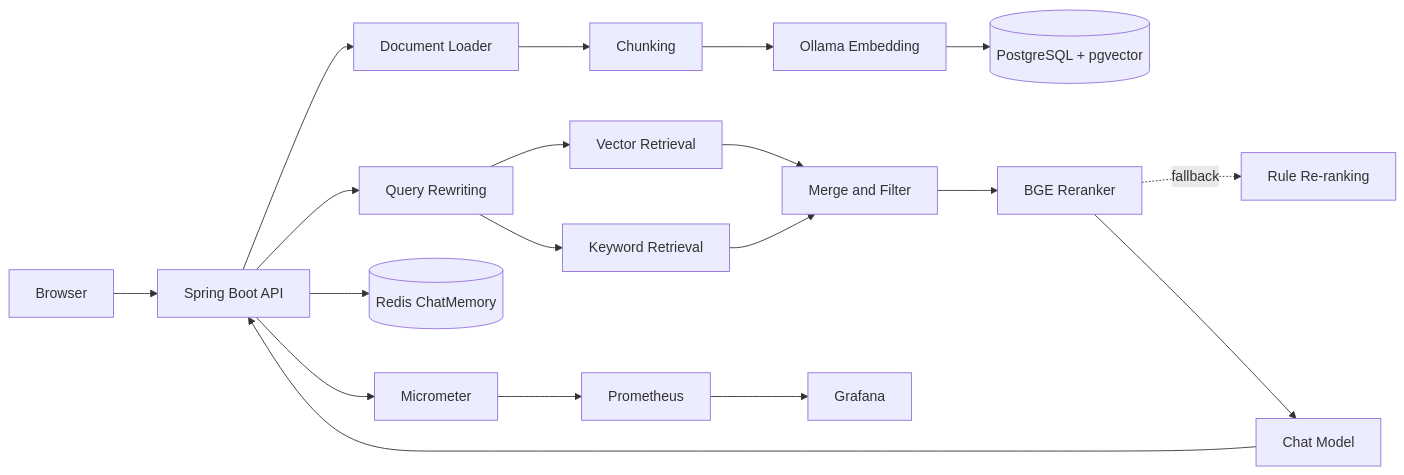
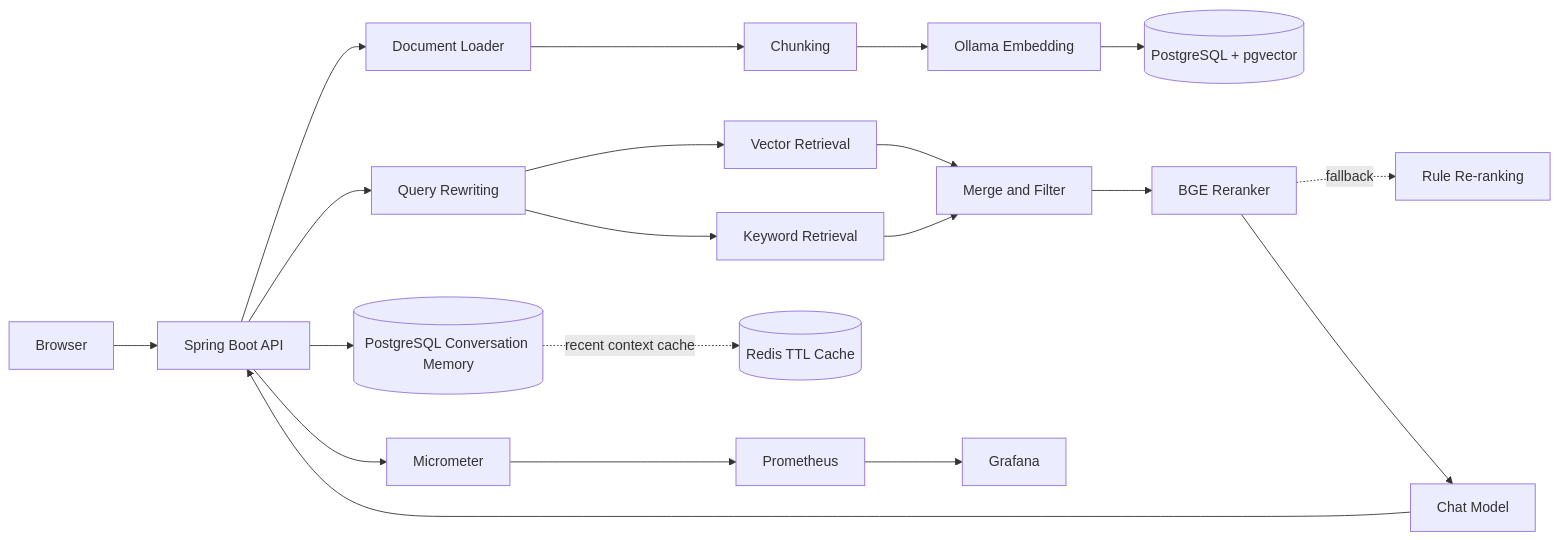
One commit to xiongzhi-xz/smartkb-java21-spring-ai-rag changed the diagram in README.md. Above: the diagram before and after it, drawn with Mermaid. The commit also changed other lines of this file and 4 other files, not shown here.

````diff
--- a/README.md
+++ b/README.md
@@ -43,23 +43,24 @@
 ```mermaid
 flowchart LR
     Browser[Browser] --> API[Spring Boot API]
     API --> Loader[Document Loader]
     Loader --> Splitter[Chunking]
     Splitter --> Embedding[Ollama Embedding]
     Embedding --> PG[(PostgreSQL + pgvector)]
 
     API --> Rewrite[Query Rewriting]
     Rewrite --> Vector[Vector Retrieval]
     Rewrite --> Keyword[Keyword Retrieval]
     Vector --> Merge[Merge and Filter]
     Keyword --> Merge
     Merge --> Rerank[BGE Reranker]
     Rerank -. fallback .-> Rule[Rule Re-ranking]
     Rerank --> LLM[Chat Model]
     LLM --> API
 
-    API --> Redis[(Redis ChatMemory)]
+    API --> PGChat[(PostgreSQL Conversation Memory)]
+    PGChat -. recent context cache .-> Redis[(Redis TTL Cache)]
     API --> Metrics[Micrometer]
     Metrics --> Prometheus
     Prometheus --> Grafana
 ```
````
